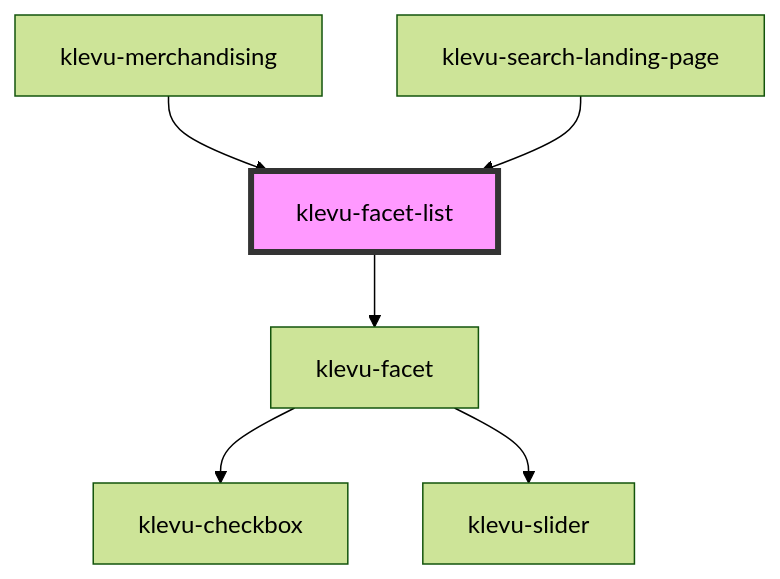
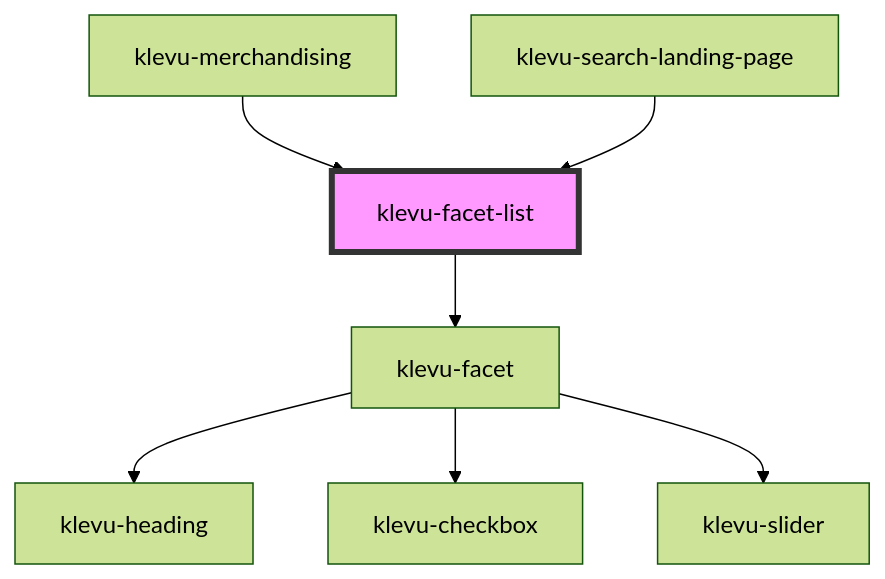
Before and after one commit to klevultd/frontend-sdk: the diagram in packages/klevu-ui/src/components/klevu-facet-list/readme.md, drawn with Mermaid (forest theme). The commit also changed 49 other files, not shown here.

````diff
--- a/packages/klevu-ui/src/components/klevu-facet-list/readme.md
+++ b/packages/klevu-ui/src/components/klevu-facet-list/readme.md
@@ -29,9 +29,10 @@
 ```mermaid
 graph TD;
   klevu-facet-list --> klevu-facet
+  klevu-facet --> klevu-heading
   klevu-facet --> klevu-checkbox
   klevu-facet --> klevu-slider
   klevu-merchandising --> klevu-facet-list
   klevu-search-landing-page --> klevu-facet-list
   style klevu-facet-list fill:#f9f,stroke:#333,stroke-width:4px
 ```
````
